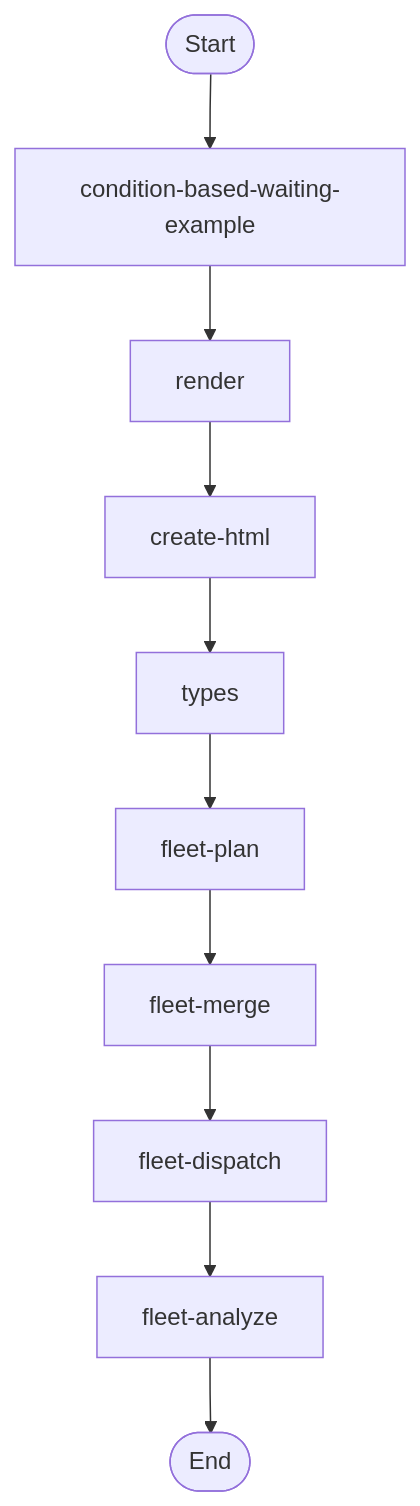
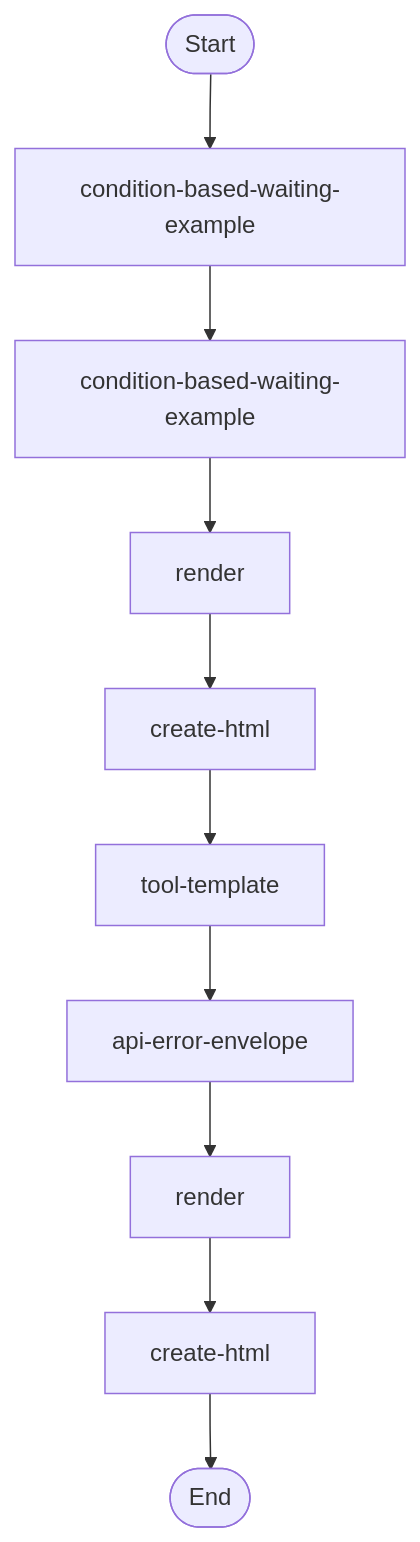
Before and after one commit to jscraik/Agent-Skills: the diagram in .diagram/flow.mmd, drawn with Mermaid. The commit also changed 16 other files, not shown here.

Commit message:
docs: refresh README capabilities and diagram artifacts

```diff
--- a/.diagram/flow.mmd
+++ b/.diagram/flow.mmd
@@ -1,20 +1,20 @@
 flowchart TD
   Start(["Start"])
   condition_based_waiting_example_ac329690["condition-based-waiting-example"]
   Start --> condition_based_waiting_example_ac329690
+  condition_based_waiting_example_1_6e56cf4d["condition-based-waiting-example"]
+  condition_based_waiting_example_ac329690 --> condition_based_waiting_example_1_6e56cf4d
   render_887270d0["render"]
-  condition_based_waiting_example_ac329690 --> render_887270d0
+  condition_based_waiting_example_1_6e56cf4d --> render_887270d0
   create_html_c2843377["create-html"]
   render_887270d0 --> create_html_c2843377
-  types_8d846022["types"]
-  create_html_c2843377 --> types_8d846022
-  fleet_plan_7a1dd79c["fleet-plan"]
-  types_8d846022 --> fleet_plan_7a1dd79c
-  fleet_merge_0cb86c46["fleet-merge"]
-  fleet_plan_7a1dd79c --> fleet_merge_0cb86c46
-  fleet_dispatch_1b54456c["fleet-dispatch"]
-  fleet_merge_0cb86c46 --> fleet_dispatch_1b54456c
-  fleet_analyze_1a7bcc95["fleet-analyze"]
-  fleet_dispatch_1b54456c --> fleet_analyze_1a7bcc95
+  tool_template_74b2d502["tool-template"]
+  create_html_c2843377 --> tool_template_74b2d502
+  api_error_envelope_fc8693a0["api-error-envelope"]
+  tool_template_74b2d502 --> api_error_envelope_fc8693a0
+  render_1_9c3937b1["render"]
+  api_error_envelope_fc8693a0 --> render_1_9c3937b1
+  create_html_1_6cf26863["create-html"]
+  render_1_9c3937b1 --> create_html_1_6cf26863
   End(["End"])
-  fleet_analyze_1a7bcc95 --> End
+  create_html_1_6cf26863 --> End
```
